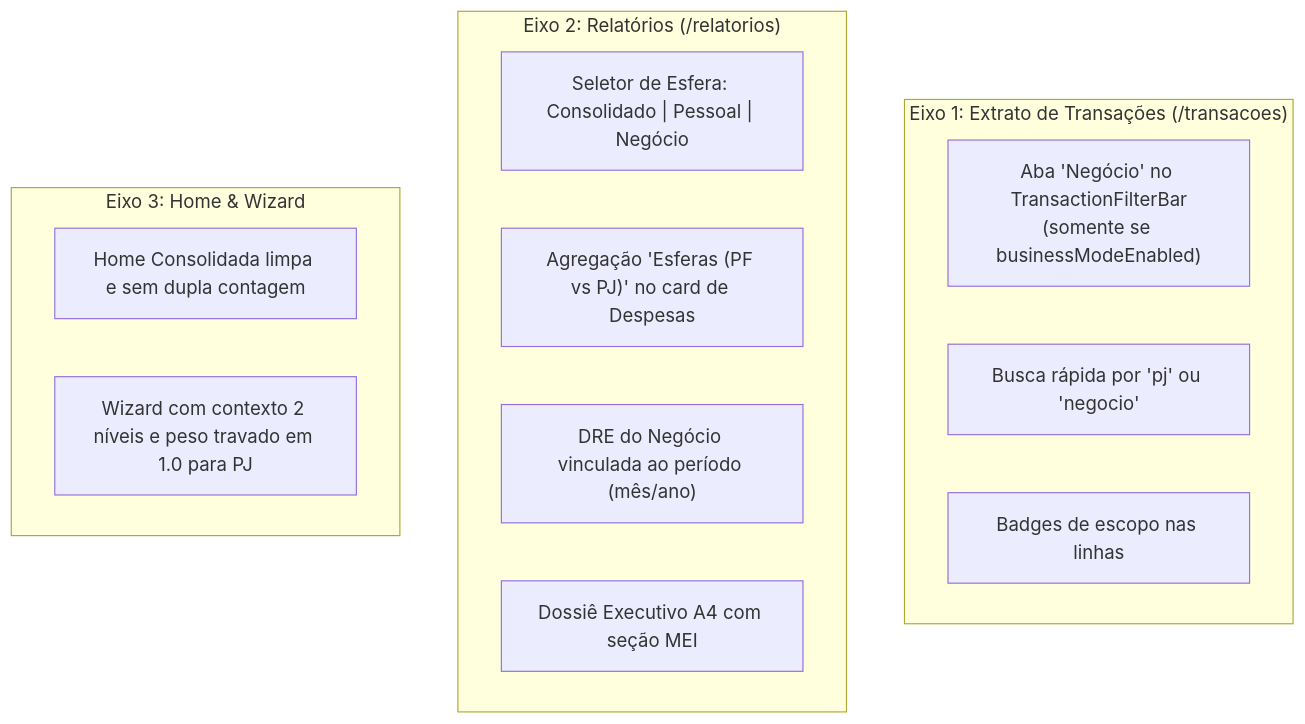
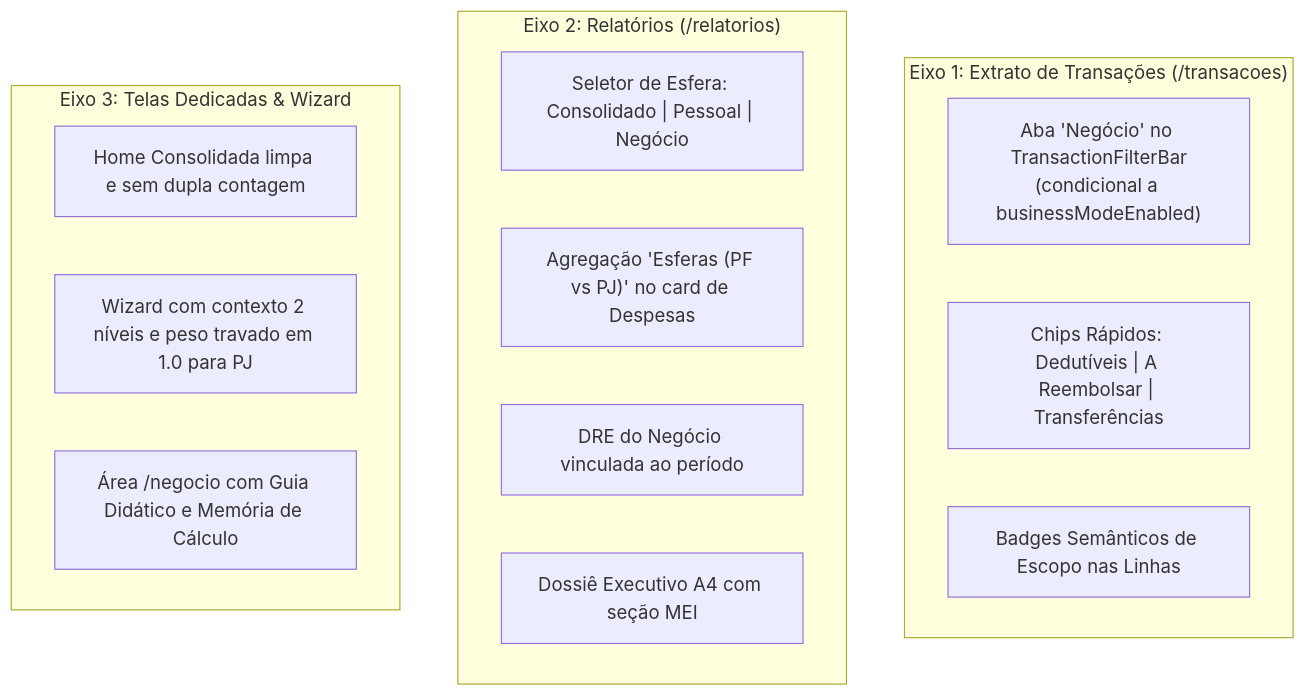
The third of 4 diagrams in docs/plans/PLANO_REFINAMENTO_E_BLINDAGEM_MODO_NEGOCIO.md (gabri3lsal3s/financasNew), drawn with Mermaid before and after one commit. The commit also changed other lines of this file and 17 other files, not shown here.

````diff
--- a/docs/plans/PLANO_REFINAMENTO_E_BLINDAGEM_MODO_NEGOCIO.md
+++ b/docs/plans/PLANO_REFINAMENTO_E_BLINDAGEM_MODO_NEGOCIO.md
@@ -171,20 +417,21 @@
 ```mermaid
 flowchart TD
     subgraph E1["Eixo 1: Extrato de Transações (/transacoes)"]
-        F1["Aba 'Negócio' no TransactionFilterBar<br/>(somente se businessModeEnabled)"]
-        F2["Busca rápida por 'pj' ou 'negocio'"]
-        F3["Badges de escopo nas linhas"]
+        F1["Aba 'Negócio' no TransactionFilterBar<br/>(condicional a businessModeEnabled)"]
+        F2["Chips Rápidos: Dedutíveis | A Reembolsar | Transferências"]
+        F3["Badges Semânticos de Escopo nas Linhas"]
     end
 
     subgraph E2["Eixo 2: Relatórios (/relatorios)"]
         R1["Seletor de Esfera: Consolidado | Pessoal | Negócio"]
         R2["Agregação 'Esferas (PF vs PJ)' no card de Despesas"]
-        R3["DRE do Negócio vinculada ao período (mês/ano)"]
+        R3["DRE do Negócio vinculada ao período"]
         R4["Dossiê Executivo A4 com seção MEI"]
     end
 
-    subgraph E3["Eixo 3: Home & Wizard"]
+    subgraph E3["Eixo 3: Telas Dedicadas & Wizard"]
         H1["Home Consolidada limpa e sem dupla contagem"]
         H2["Wizard com contexto 2 níveis e peso travado em 1.0 para PJ"]
+        H3["Área /negocio com Guia Didático e Memória de Cálculo"]
     end
 ```
````
